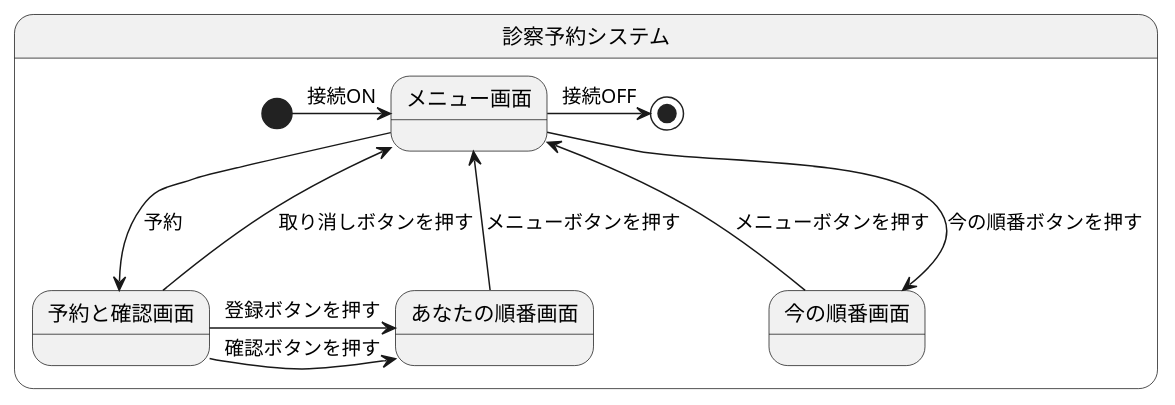
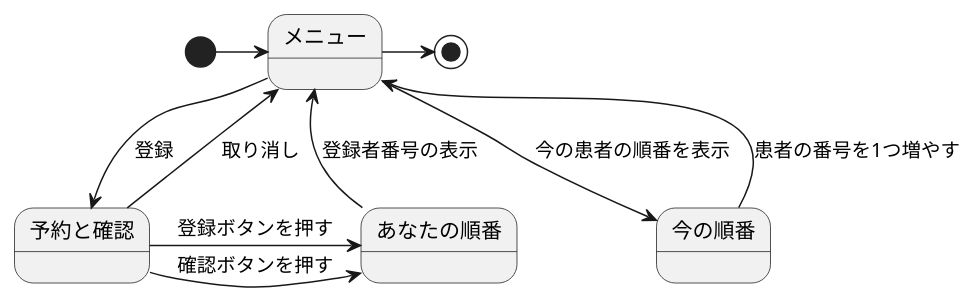
The diagram in 演習6-3_ステートマシン図_診察予約システム.pu (tsrnaoya/UML_intro_2), drawn with PlantUML before and after one commit.

Commit message:
更新

```diff
--- a/演習6-3_ステートマシン図_診察予約システム.pu
+++ b/演習6-3_ステートマシン図_診察予約システム.pu
@@ -1,14 +1,11 @@
 @startuml 演習６－３
-' left to right direction
-state 診察予約システム {
-    [*] -right--> メニュー画面 : 接続ON
-    メニュー画面 -down--> 予約と確認画面  : 予約
-    予約と確認画面 -up--> メニュー画面 : 取り消しボタンを押す
-    予約と確認画面 -right--> あなたの順番画面 : 登録ボタンを押す
-    予約と確認画面 -right--> あなたの順番画面 : 確認ボタンを押す
-    あなたの順番画面 -up--> メニュー画面 : メニューボタンを押す
-    今の順番画面 -up--> メニュー画面 : メニューボタンを押す
-    メニュー画面 -down--> 今の順番画面 : 今の順番ボタンを押す
-    メニュー画面 -right--> [*] : 接続OFF
-}
+[*] -right-> メニュー
+メニュー --> 予約と確認 : 登録
+メニュー <-right- 予約と確認 : 取り消し
+メニュー <-- あなたの順番 : 登録者番号の表示
+メニュー --> 今の順番 : 今の患者の順番を表示
+メニュー <-right- 今の順番 : 患者の番号を1つ増やす
+予約と確認 -right-> あなたの順番 : 登録ボタンを押す
+予約と確認 -right-> あなたの順番 : 確認ボタンを押す
+メニュー -right-> [*]
 @enduml
```
